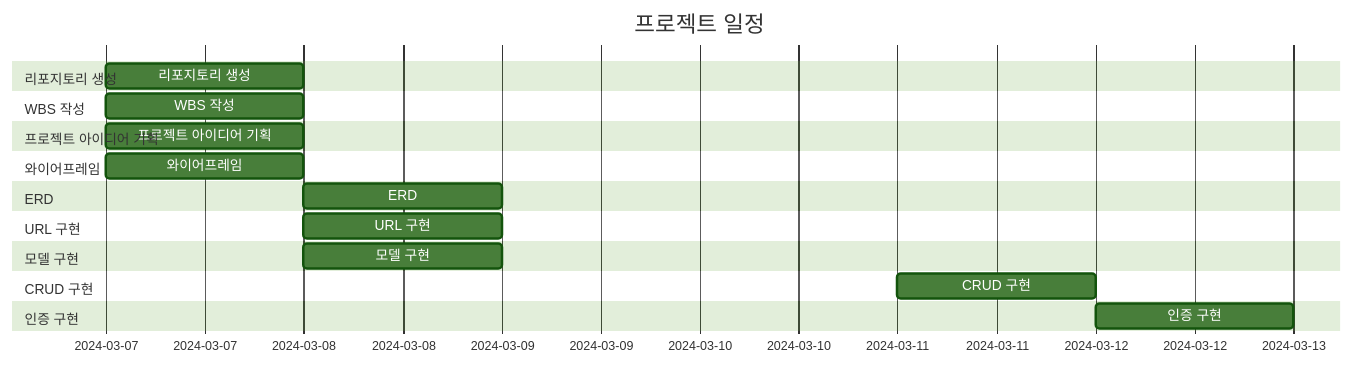
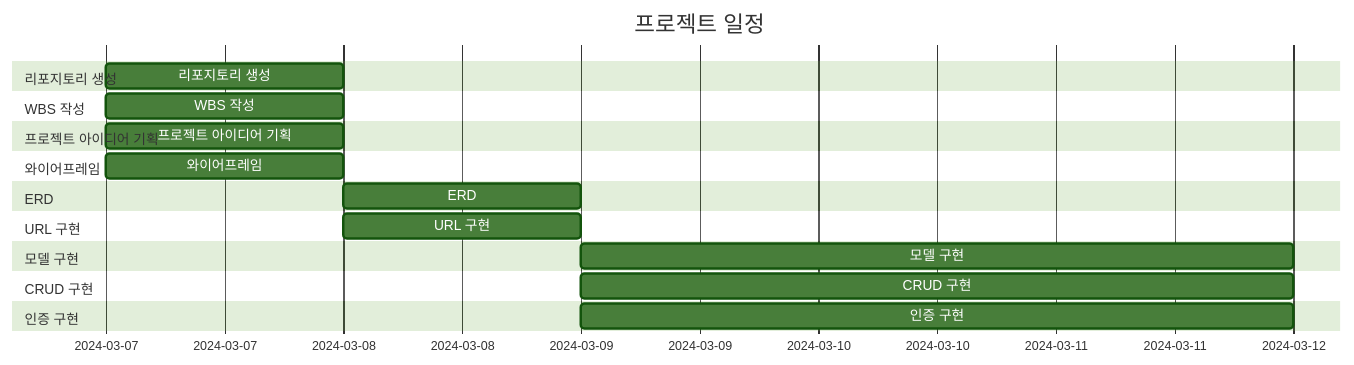
One commit to sunha-shin/travel_blog changed the first of 3 diagrams in README.md. Above: the diagram before and after it, drawn with Mermaid (forest theme). The commit also changed other lines of this file, not shown here.

````diff
--- a/README.md
+++ b/README.md
@@ -16,33 +16,34 @@
 ```mermaid
 gantt
     dateFormat  YYYY-MM-DD
     title       프로젝트 일정
 
     section 리포지토리 생성
     리포지토리 생성         :2024-03-07, 1d
 
     section WBS 작성
     WBS 작성               :2024-03-07, 1d
 
     section 프로젝트 아이디어 기획
     프로젝트 아이디어 기획  :2024-03-07, 1d
 
     section 와이어프레임
     와이어프레임            :2024-03-07, 2024-03-08
 
     section ERD
     ERD                    :2024-03-08, 1d
 
     section URL 구현
     URL 구현               :2024-03-08, 1d
 
     section 모델 구현
-    모델 구현              :2024-03-08, 1d
+    모델 구현              :2024-03-09, 3d
 
     section CRUD 구현
-    CRUD 구현              :2024-03-11, 2024-03-12
+    CRUD 구현              :2024-03-09, 3d
 
     section 인증 구현
-    인증 구현              :2024-03-12, 2024-03-13
+    인증 구현              :2024-03-09, 3d
+
 
 ```
````
